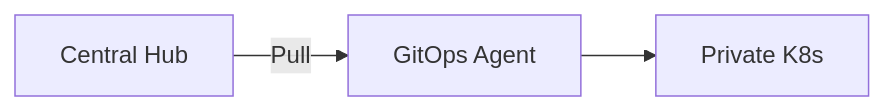
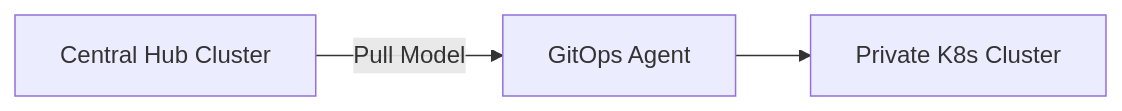
One commit to Devopstrio/hybrid-kubernetes-pattern changed the second of 30 diagrams in README.md. Above: the diagram before and after it, drawn with Mermaid. The commit also changed other lines of this file, not shown here.

Commit message:
docs: finalize premium institutional-grade README with 30+ diagrams and executive summary

````diff
--- a/README.md
+++ b/README.md
@@ -45,5 +79,5 @@
 ```mermaid
 graph LR
-    Hub[Central Hub] -- Pull --> Agent[GitOps Agent]
-    Agent --> Cluster[Private K8s]
+    Hub[Central Hub Cluster] -- Pull Model --> Agent[GitOps Agent]
+    Agent --> Cluster[Private K8s Cluster]
 ```
````
